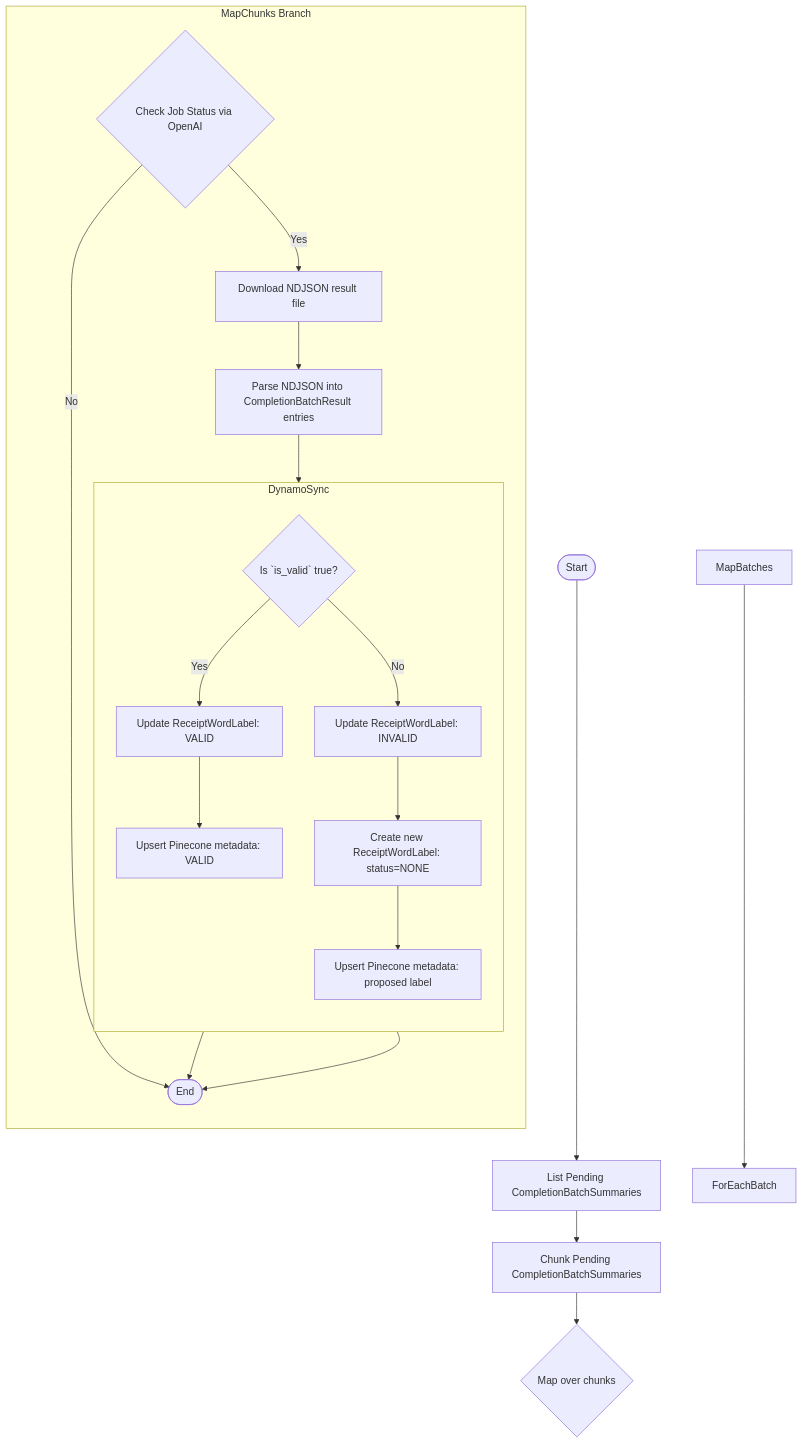
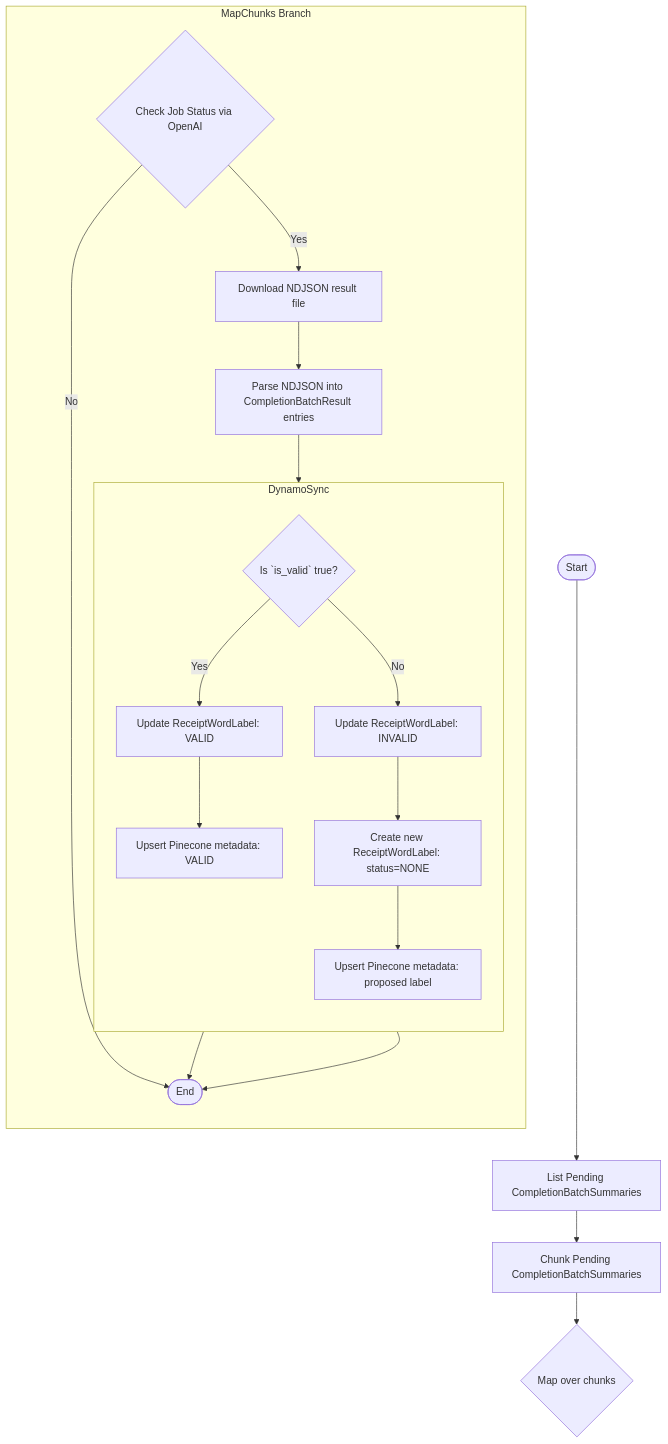
Before and after one commit to tnorlund/Portfolio: the diagram in receipt_label/receipt_label/poll_completion_batch/README.md, drawn with Mermaid.

````diff
--- a/receipt_label/receipt_label/poll_completion_batch/README.md
+++ b/receipt_label/receipt_label/poll_completion_batch/README.md
@@ -17,29 +17,27 @@
 ```mermaid
     flowchart TB
         Start([Start]) --> ListPending["List Pending CompletionBatchSummaries"]
         ListPending --> ChunkPending["Chunk Pending CompletionBatchSummaries"]
         ChunkPending --> MapChunks{"Map over chunks"}
 
         subgraph MapChunks Branch
             direction TB
             CheckStatus{"Check Job Status via OpenAI"}
             CheckStatus -- No --> End([End])
             CheckStatus -- Yes --> Download["Download NDJSON result file"]
             Download --> ParseResults["Parse NDJSON into CompletionBatchResult entries"]
             ParseResults --> ForEachResult{"Is `is_valid` true?"}
 
             subgraph DynamoSync
                 direction TB
                 ForEachResult -- Yes --> UpdateValid["Update ReceiptWordLabel: VALID"]
                 UpdateValid --> UpsertPineconeValid["Upsert Pinecone metadata: VALID"]
                 ForEachResult -- No --> UpdateInvalid["Update ReceiptWordLabel: INVALID"]
                 UpdateInvalid --> CreateProposed["Create new ReceiptWordLabel: status=NONE"]
                 CreateProposed --> UpsertPineconeInvalid["Upsert Pinecone metadata: proposed label"]
             end
 
             UpsertPineconeValid --> End
             UpsertPineconeInvalid --> End
         end
-
-        MapBatches --> ForEachBatch
 ```
````
